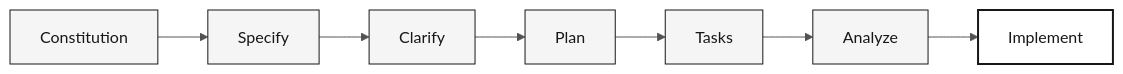
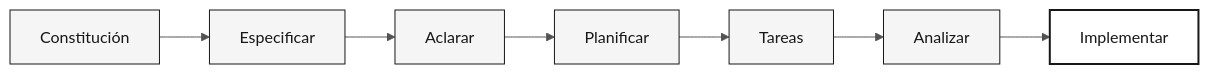
One commit to paulasilvatech/datacorp-sifap-team-kit-pt-br changed the diagram in 09-cheat-sheets/spec-kit-workflow.md. Above: the diagram before and after it, drawn with Mermaid. The commit also changed other lines of this file and 386 other files, not shown here.

````diff
--- a/09-cheat-sheets/spec-kit-workflow.md
+++ b/09-cheat-sheets/spec-kit-workflow.md
@@ -32,10 +32,10 @@
 ```mermaid
 %%{init: {'theme':'neutral','themeVariables':{'fontFamily':'ui-sans-serif, system-ui, sans-serif','primaryColor':'#F5F5F5','primaryTextColor':'#171717','primaryBorderColor':'#171717','lineColor':'#525252','secondaryColor':'#FFFFFF','tertiaryColor':'#FAFAFA','background':'#FFFFFF'}}}%%
 flowchart LR
     classDef step fill:#F5F5F5,stroke:#171717,color:#171717
     classDef result fill:#FFFFFF,stroke:#171717,color:#171717,stroke-width:2px
 
-    P0["Constitution"]:::step --> P1["Specify"]:::step --> P2["Clarify"]:::step
-    P2 --> P3["Plan"]:::step --> P4["Tasks"]:::step --> P5["Analyze"]:::step
-    P5 --> P6["Implement"]:::result
+    P0["Constitución"]:::step --> P1["Especificar"]:::step --> P2["Aclarar"]:::step
+    P2 --> P3["Planificar"]:::step --> P4["Tareas"]:::step --> P5["Analizar"]:::step
+    P5 --> P6["Implementar"]:::result
 ```
````
